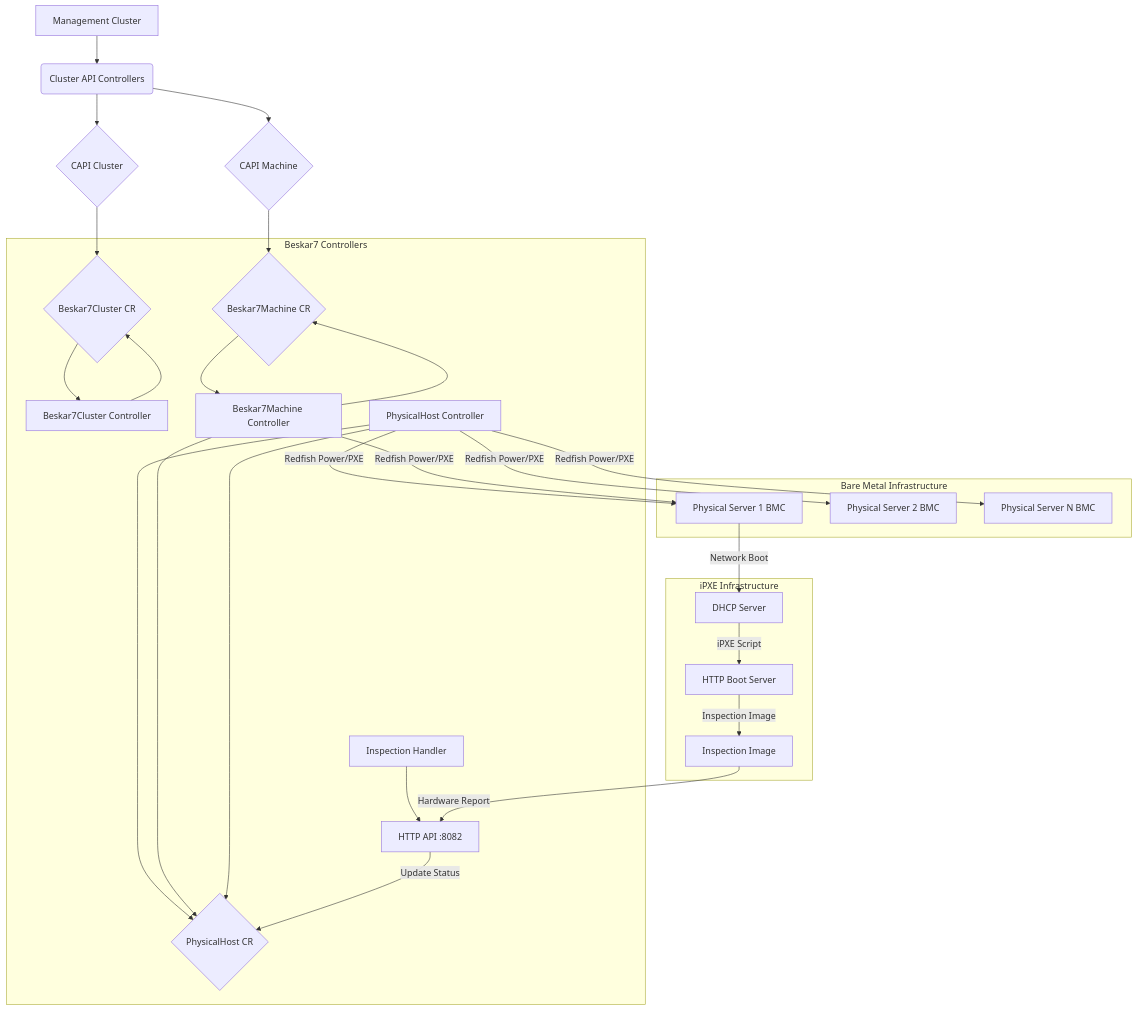
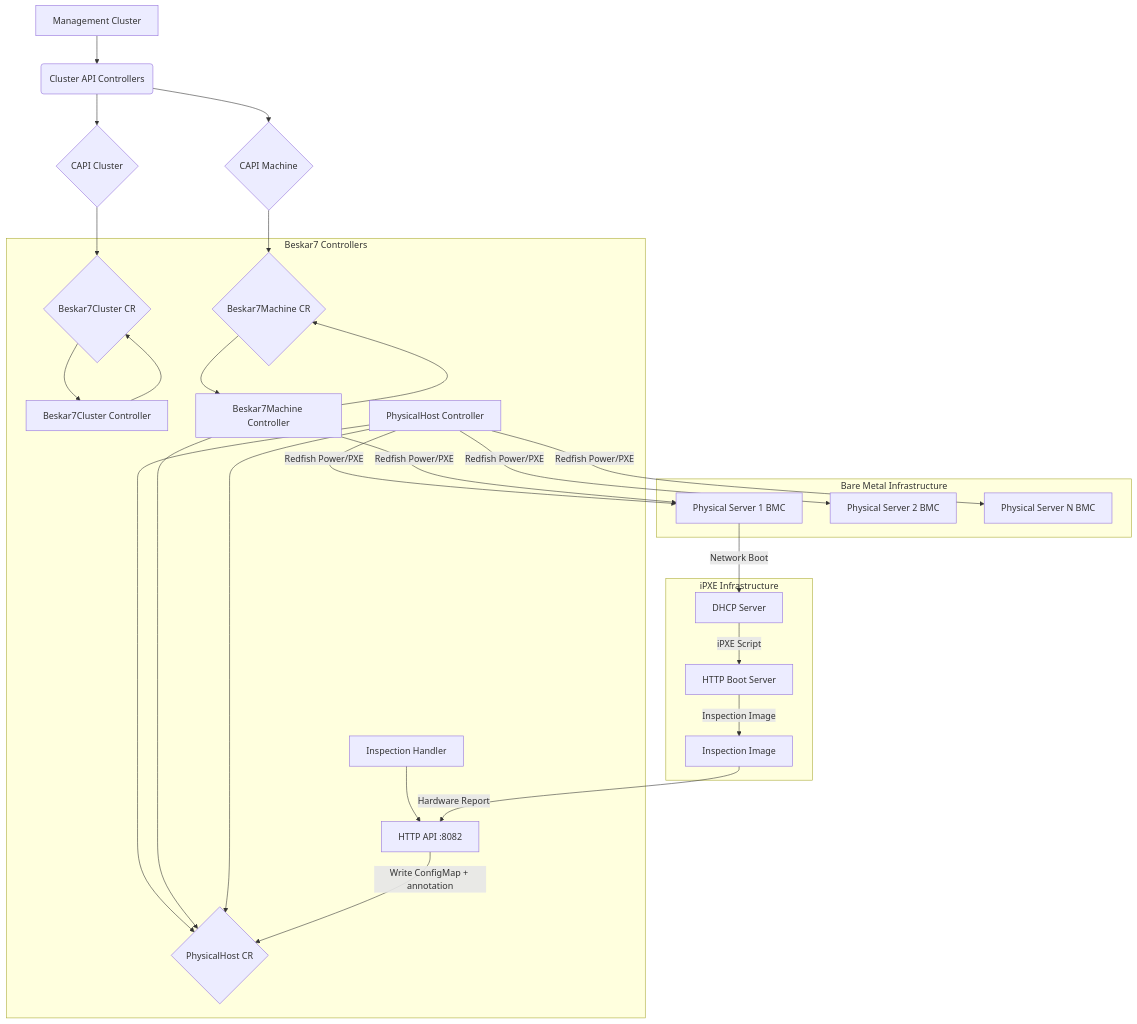
The diagram in docs/architecture.md (projectbeskar/beskar7), drawn with Mermaid before and after one commit. The commit also changed other lines of this file and 23 other files, not shown here.

````diff
--- a/docs/architecture.md
+++ b/docs/architecture.md
@@ -17,43 +17,43 @@
 ```mermaid
 graph TD
     A[Management Cluster] --> B(Cluster API Controllers);
     B --> C{CAPI Cluster};
     B --> D{CAPI Machine};
     
     subgraph Beskar7 Controllers
         E[Beskar7Cluster Controller] --> F{Beskar7Cluster CR};
         G[Beskar7Machine Controller] --> H{Beskar7Machine CR};
         I[PhysicalHost Controller] --> J{PhysicalHost CR};
         K[Inspection Handler] --> L[HTTP API :8082];
     end
 
     C --> F;
     F --> E;
     D --> H;
     H --> G;
     G --> J;
     I --> J;
     
     subgraph Bare Metal Infrastructure
         M[Physical Server 1 BMC];
         N[Physical Server 2 BMC];
         O[Physical Server N BMC];
     end
     
     subgraph iPXE Infrastructure
         P[DHCP Server];
         Q[HTTP Boot Server];
         R[Inspection Image];
     end
     
     I -- Redfish Power/PXE --> M;
     I -- Redfish Power/PXE --> N;
     I -- Redfish Power/PXE --> O;
     G -- Redfish Power/PXE --> M;
     
     M -- Network Boot --> P;
     P -- iPXE Script --> Q;
     Q -- Inspection Image --> R;
     R -- Hardware Report --> L;
-    L -- Update Status --> J;
+    L -- Write ConfigMap + annotation --> J;
 ```
````
